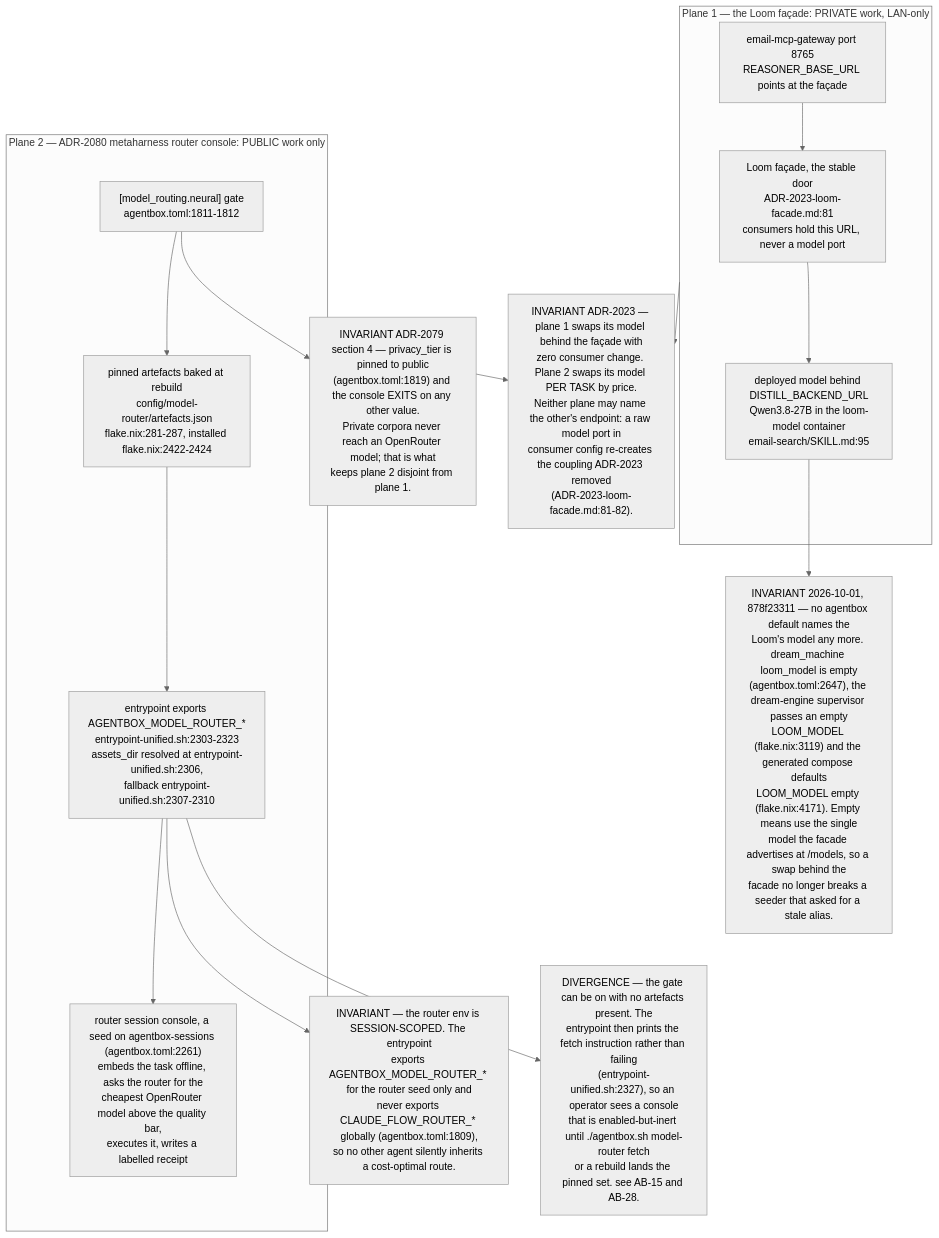
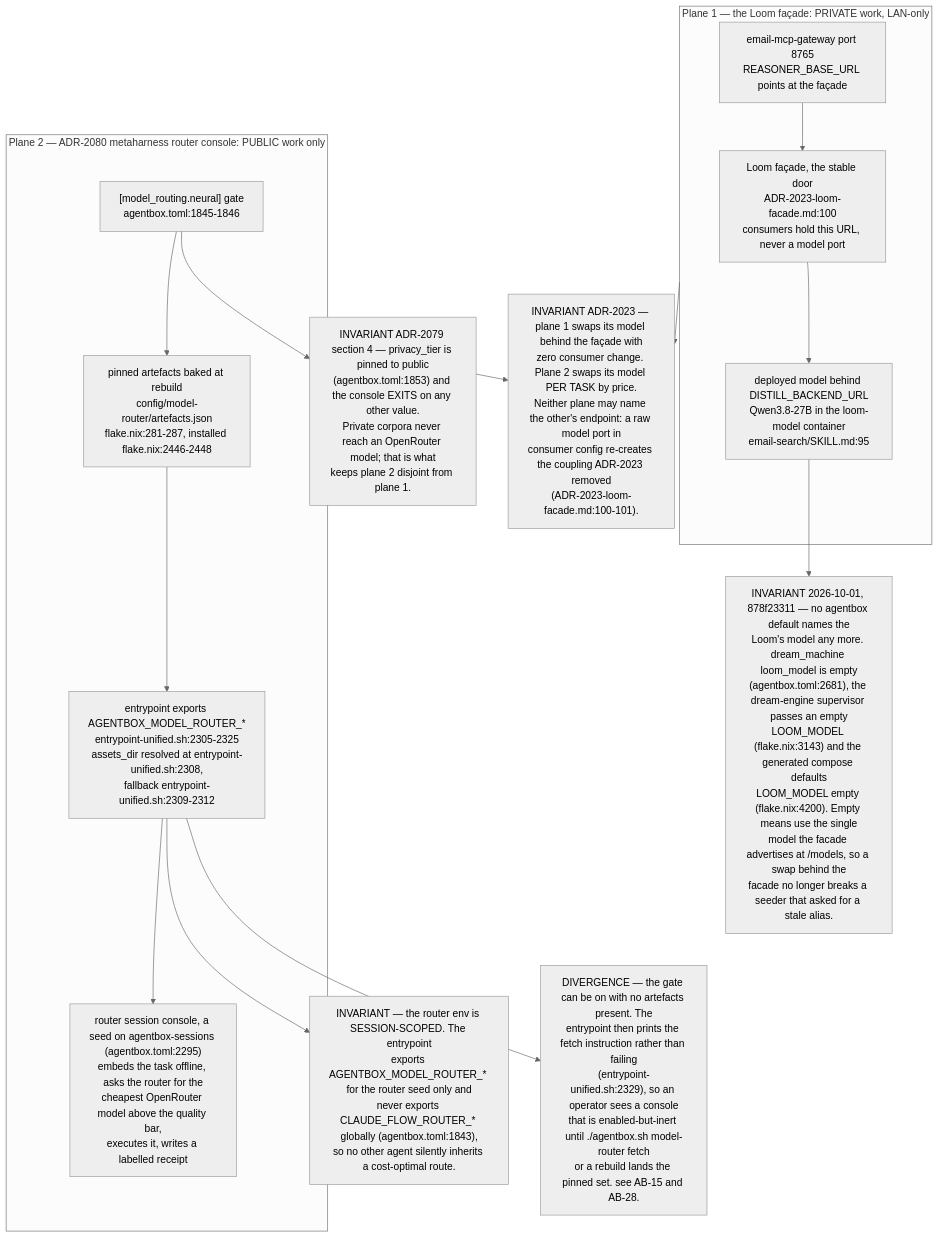
One commit to DreamLab-AI/VisionFlow changed the tenth of 11 diagrams in docs/diagrams/estate/06-loom-and-email-privacy-path.md. Above: the diagram before and after it, drawn with Mermaid (neutral theme). The commit also changed other lines of this file and 6 other files, not shown here.

````diff
--- a/docs/diagrams/estate/06-loom-and-email-privacy-path.md
+++ b/docs/diagrams/estate/06-loom-and-email-privacy-path.md
@@ -356,31 +356,31 @@
 ```mermaid
 flowchart TB
     subgraph PRIV["Plane 1 — the Loom façade: PRIVATE work, LAN-only"]
-        FAC["Loom façade, the stable door<br/>ADR-2023-loom-facade.md:81<br/>consumers hold this URL, never a model port"]
+        FAC["Loom façade, the stable door<br/>ADR-2023-loom-facade.md:100<br/>consumers hold this URL, never a model port"]
         MDL["deployed model behind DISTILL_BACKEND_URL<br/>Qwen3.8-27B in the loom-model container<br/>email-search/SKILL.md:95"]
         MAIL["email-mcp-gateway port 8765<br/>REASONER_BASE_URL points at the façade"]
         FAC --> MDL
         MAIL --> FAC
     end
 
     subgraph PUB["Plane 2 — ADR-2080 metaharness router console: PUBLIC work only"]
-        GATE["[model_routing.neural] gate<br/>agentbox.toml:1811-1812"]
-        ART["pinned artefacts baked at rebuild<br/>config/model-router/artefacts.json<br/>flake.nix:281-287, installed flake.nix:2422-2424"]
-        ENV["entrypoint exports AGENTBOX_MODEL_ROUTER_*<br/>entrypoint-unified.sh:2303-2323<br/>assets_dir resolved at entrypoint-unified.sh:2306,<br/>fallback entrypoint-unified.sh:2307-2310"]
-        CON["router session console, a seed on agentbox-sessions (agentbox.toml:2261)<br/>embeds the task offline, asks the router for the<br/>cheapest OpenRouter model above the quality bar,<br/>executes it, writes a labelled receipt"]
+        GATE["[model_routing.neural] gate<br/>agentbox.toml:1845-1846"]
+        ART["pinned artefacts baked at rebuild<br/>config/model-router/artefacts.json<br/>flake.nix:281-287, installed flake.nix:2446-2448"]
+        ENV["entrypoint exports AGENTBOX_MODEL_ROUTER_*<br/>entrypoint-unified.sh:2305-2325<br/>assets_dir resolved at entrypoint-unified.sh:2308,<br/>fallback entrypoint-unified.sh:2309-2312"]
+        CON["router session console, a seed on agentbox-sessions (agentbox.toml:2295)<br/>embeds the task offline, asks the router for the<br/>cheapest OpenRouter model above the quality bar,<br/>executes it, writes a labelled receipt"]
         GATE --> ART --> ENV --> CON
     end
 
-    INV1["INVARIANT ADR-2079 section 4 — privacy_tier is pinned to public<br/>(agentbox.toml:1819) and the console EXITS on any other value.<br/>Private corpora never reach an OpenRouter model; that is what<br/>keeps plane 2 disjoint from plane 1."]
-    INV2["INVARIANT — the router env is SESSION-SCOPED. The entrypoint<br/>exports AGENTBOX_MODEL_ROUTER_* for the router seed only and<br/>never exports CLAUDE_FLOW_ROUTER_* globally (agentbox.toml:1809),<br/>so no other agent silently inherits a cost-optimal route."]
-    INV3["INVARIANT ADR-2023 — plane 1 swaps its model behind the façade with<br/>zero consumer change. Plane 2 swaps its model PER TASK by price.<br/>Neither plane may name the other's endpoint: a raw model port in<br/>consumer config re-creates the coupling ADR-2023 removed<br/>(ADR-2023-loom-facade.md:81-82)."]
-    DEG["DIVERGENCE — the gate can be on with no artefacts present. The<br/>entrypoint then prints the fetch instruction rather than failing<br/>(entrypoint-unified.sh:2327), so an operator sees a console<br/>that is enabled-but-inert until ./agentbox.sh model-router fetch<br/>or a rebuild lands the pinned set. see AB-15 and AB-28."]
+    INV1["INVARIANT ADR-2079 section 4 — privacy_tier is pinned to public<br/>(agentbox.toml:1853) and the console EXITS on any other value.<br/>Private corpora never reach an OpenRouter model; that is what<br/>keeps plane 2 disjoint from plane 1."]
+    INV2["INVARIANT — the router env is SESSION-SCOPED. The entrypoint<br/>exports AGENTBOX_MODEL_ROUTER_* for the router seed only and<br/>never exports CLAUDE_FLOW_ROUTER_* globally (agentbox.toml:1843),<br/>so no other agent silently inherits a cost-optimal route."]
+    INV3["INVARIANT ADR-2023 — plane 1 swaps its model behind the façade with<br/>zero consumer change. Plane 2 swaps its model PER TASK by price.<br/>Neither plane may name the other's endpoint: a raw model port in<br/>consumer config re-creates the coupling ADR-2023 removed<br/>(ADR-2023-loom-facade.md:100-101)."]
+    DEG["DIVERGENCE — the gate can be on with no artefacts present. The<br/>entrypoint then prints the fetch instruction rather than failing<br/>(entrypoint-unified.sh:2329), so an operator sees a console<br/>that is enabled-but-inert until ./agentbox.sh model-router fetch<br/>or a rebuild lands the pinned set. see AB-15 and AB-28."]
 
-    NOPIN["INVARIANT 2026-10-01, 878f23311 — no agentbox default names the<br/>Loom's model any more. dream_machine loom_model is empty<br/>(agentbox.toml:2647), the dream-engine supervisor passes an empty<br/>LOOM_MODEL (flake.nix:3119) and the generated compose defaults<br/>LOOM_MODEL empty (flake.nix:4171). Empty means use the single<br/>model the facade advertises at /models, so a swap behind the<br/>facade no longer breaks a seeder that asked for a stale alias."]
+    NOPIN["INVARIANT 2026-10-01, 878f23311 — no agentbox default names the<br/>Loom's model any more. dream_machine loom_model is empty<br/>(agentbox.toml:2681), the dream-engine supervisor passes an empty<br/>LOOM_MODEL (flake.nix:3143) and the generated compose defaults<br/>LOOM_MODEL empty (flake.nix:4200). Empty means use the single<br/>model the facade advertises at /models, so a swap behind the<br/>facade no longer breaks a seeder that asked for a stale alias."]
     MDL --> NOPIN
     PRIV --> INV3
     PUB --> INV3
     GATE --> INV1
     ENV --> INV2
     ENV --> DEG
 ```
````
